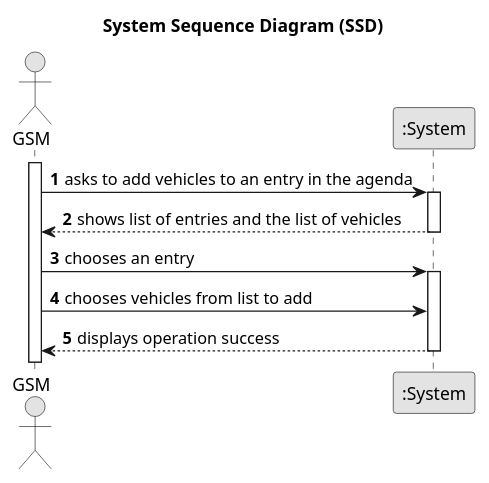
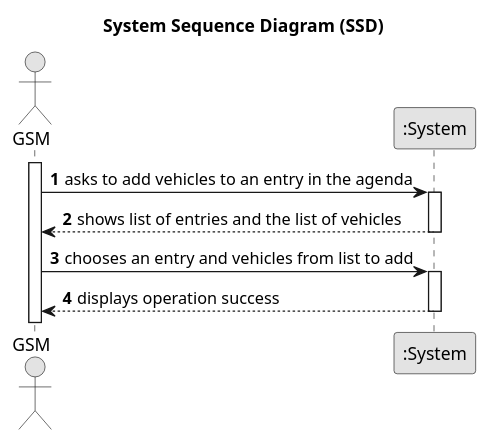
The diagram in docs/sprintC/us026/01.requirements-engineering/puml/us026-system-sequence-diagram.puml (Departamento-de-Engenharia-Informatica/lei-24-s2-1do-g164), drawn with PlantUML before and after one commit. The commit also changed 36 other files, not shown here.

```diff
--- a/docs/sprintC/us026/01.requirements-engineering/puml/us026-system-sequence-diagram.puml
+++ b/docs/sprintC/us026/01.requirements-engineering/puml/us026-system-sequence-diagram.puml
@@ -1,33 +1,33 @@
 @startuml
 skinparam monochrome true
 skinparam packageStyle rectangle
 skinparam shadowing false
 
 title System Sequence Diagram (SSD)
 
 autonumber
 
 actor "GSM" as Employee
 participant ":System" as System
 
 activate Employee
 
     Employee -> System : asks to add vehicles to an entry in the agenda
     activate System
 
         System --> Employee :shows list of entries and the list of vehicles
     deactivate System
 
-     Employee -> System : chooses an entry
+     Employee -> System : chooses an entry and vehicles from list to add
         activate System
 
-         Employee -> System : chooses vehicles from list to add
+
 
             System --> Employee : displays operation success
                 deactivate System
 
 
 
 
 
 @enduml
```
